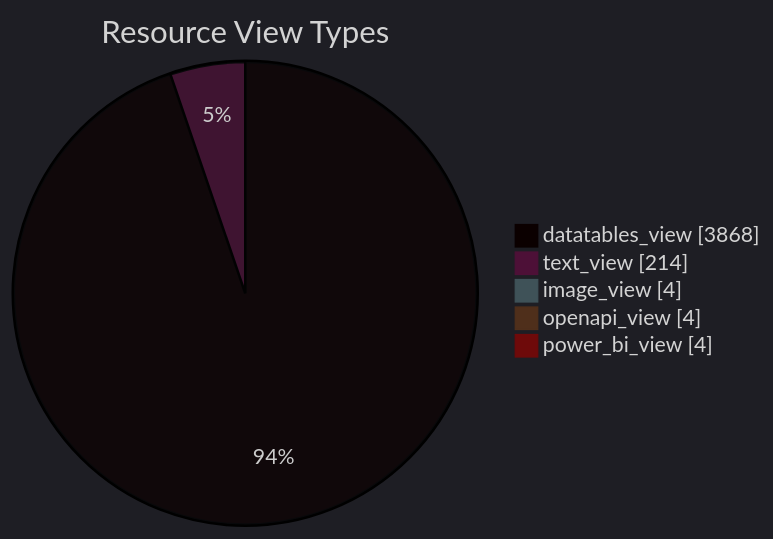
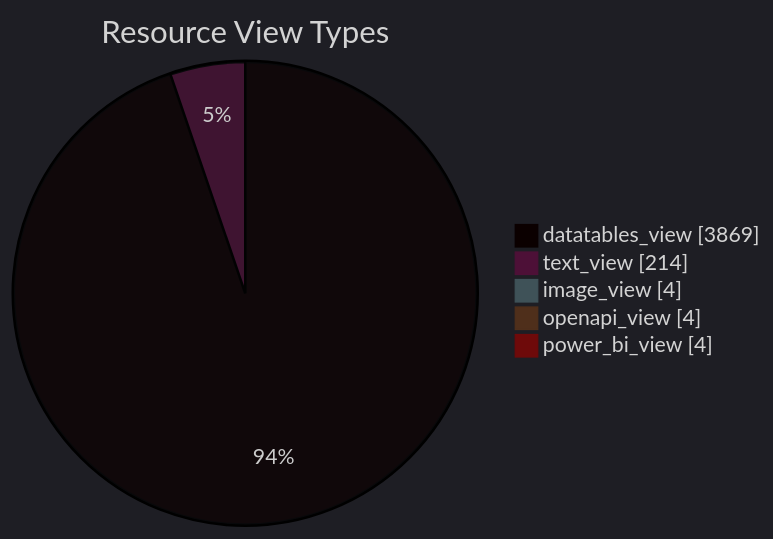
One commit to open-data/analytics-corporate-reporting changed the diagram in datastore_tracker/resource_view_types_pie_chart.md. Above: the diagram before and after it, drawn with Mermaid. The commit also changed 11 other files, not shown here.

````diff
--- a/datastore_tracker/resource_view_types_pie_chart.md
+++ b/datastore_tracker/resource_view_types_pie_chart.md
@@ -2,12 +2,12 @@
 ```mermaid
 ---
 config:
   theme: dark
 ---
 pie showData title Resource View Types
-    "datatables_view": 3868
+    "datatables_view": 3869
     "text_view": 214
     "image_view": 4
     "openapi_view": 4
     "power_bi_view": 4
 ```
````
